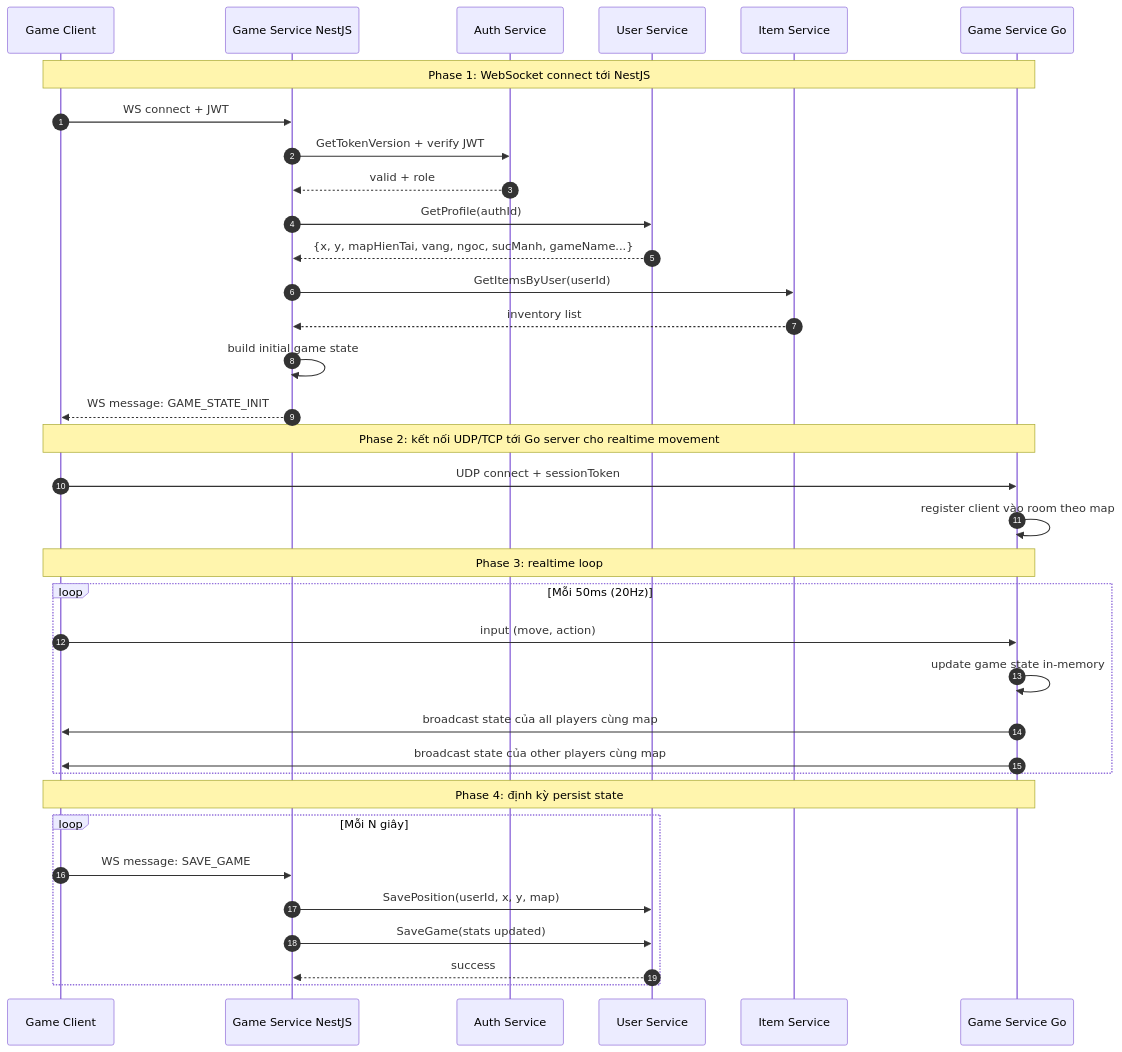
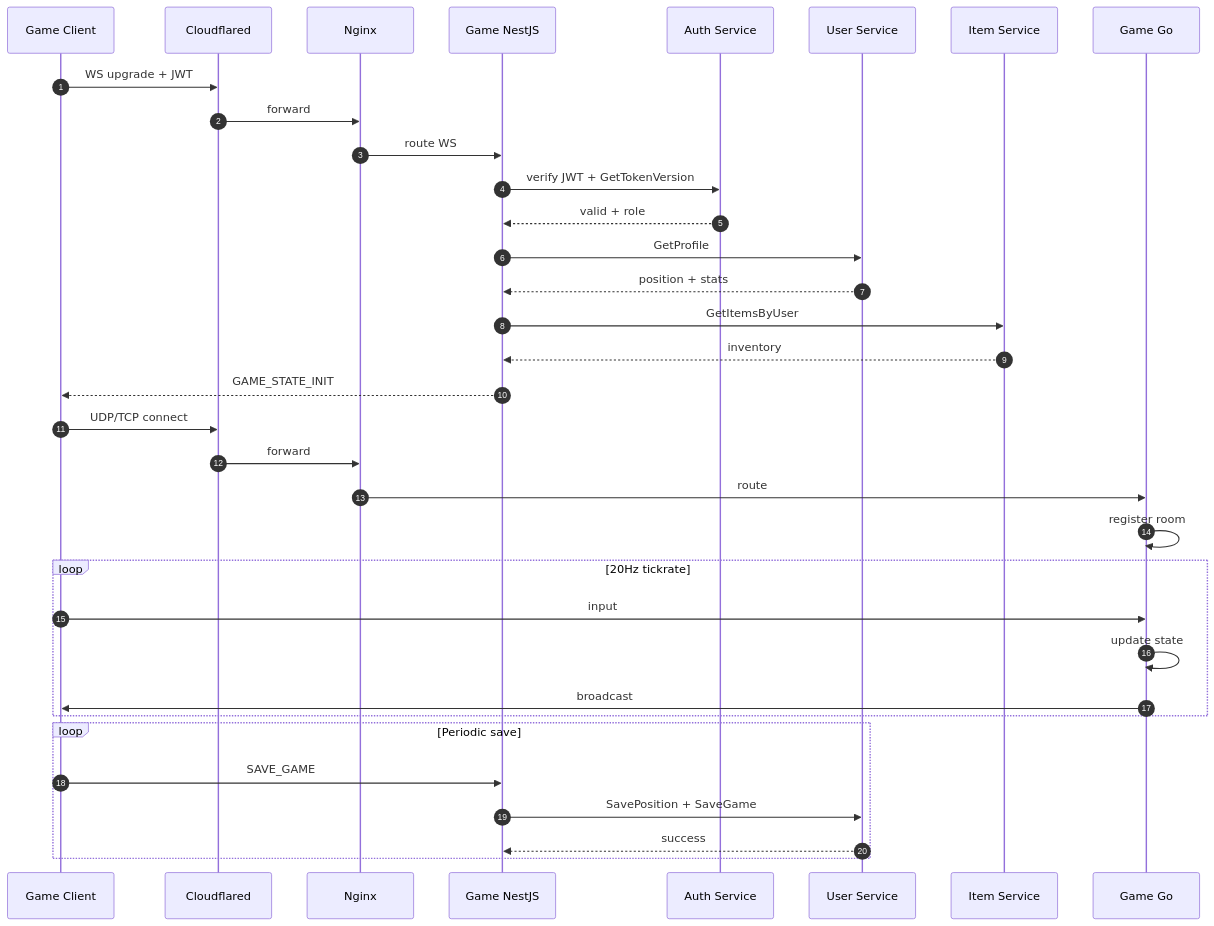
Before and after one commit to DANG-PH/dragonboy-api-gateway: diagram 12 of 18 in docs/architecture.md, drawn with Mermaid. The commit also changed other lines of this file, not shown here.

Commit message:
fix: architecture docs with erd, diagram, usecase,...

````diff
--- a/docs/architecture.md
+++ b/docs/architecture.md
@@ -783,48 +808,40 @@
 ```mermaid
 sequenceDiagram
     autonumber
     participant C as Game Client
-    participant GameNest as Game Service NestJS
+    participant CF as Cloudflared
+    participant Nginx as Nginx
+    participant GameNest as Game NestJS
     participant Auth as Auth Service
     participant User as User Service
     participant Item as Item Service
-    participant GameGo as Game Service Go
+    participant GameGo as Game Go
 
-    Note over C,GameGo: Phase 1: WebSocket connect tới NestJS
+    C->>CF: WS upgrade + JWT
+    CF->>Nginx: forward
+    Nginx->>GameNest: route WS
+    GameNest->>Auth: verify JWT + GetTokenVersion
+    Auth-->>GameNest: valid + role
+    GameNest->>User: GetProfile
+    User-->>GameNest: position + stats
+    GameNest->>Item: GetItemsByUser
+    Item-->>GameNest: inventory
+    GameNest-->>C: GAME_STATE_INIT
 
-    C->>GameNest: WS connect + JWT
-    GameNest->>Auth: GetTokenVersion + verify JWT
-    Auth-->>GameNest: valid + role
+    C->>CF: UDP/TCP connect
+    CF->>Nginx: forward
+    Nginx->>GameGo: route
+    GameGo->>GameGo: register room
 
-    GameNest->>User: GetProfile(authId)
-    User-->>GameNest: {x, y, mapHienTai, vang, ngoc, sucManh, gameName...}
-
-    GameNest->>Item: GetItemsByUser(userId)
-    Item-->>GameNest: inventory list
-
-    GameNest->>GameNest: build initial game state
-    GameNest-->>C: WS message: GAME_STATE_INIT
-
-    Note over C,GameGo: Phase 2: kết nối UDP/TCP tới Go server cho realtime movement
-
-    C->>GameGo: UDP connect + sessionToken
-    GameGo->>GameGo: register client vào room theo map
-
-    Note over C,GameGo: Phase 3: realtime loop
-
-    loop Mỗi 50ms (20Hz)
-        C->>GameGo: input (move, action)
-        GameGo->>GameGo: update game state in-memory
-        GameGo->>C: broadcast state của all players cùng map
-        GameGo->>C: broadcast state của other players cùng map
+    loop 20Hz tickrate
+        C->>GameGo: input
+        GameGo->>GameGo: update state
+        GameGo->>C: broadcast
     end
 
-    Note over C,GameGo: Phase 4: định kỳ persist state
-
-    loop Mỗi N giây
-        C->>GameNest: WS message: SAVE_GAME
-        GameNest->>User: SavePosition(userId, x, y, map)
-        GameNest->>User: SaveGame(stats updated)
+    loop Periodic save
+        C->>GameNest: SAVE_GAME
+        GameNest->>User: SavePosition + SaveGame
         User-->>GameNest: success
     end
 ```
````
